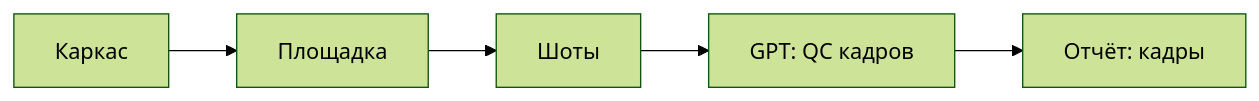
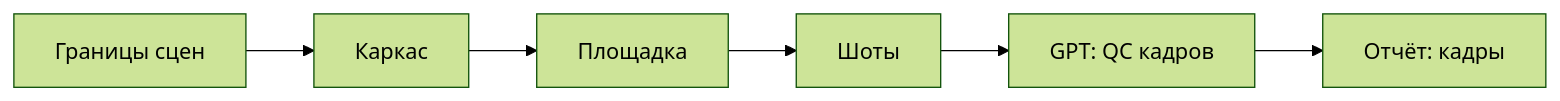
One commit to rohos228-spec/video-pipeline changed the diagram in docs/NODE_GROUP_RULES.md. Above: the diagram before and after it, drawn with Mermaid (forest theme). The commit also changed other lines of this file and 20 other files, not shown here.

First line of the commit message:
feat(script_frames_qc): границы сцен, батчи каркаса, Anthropic stream через vibecode

````diff
--- a/docs/NODE_GROUP_RULES.md
+++ b/docs/NODE_GROUP_RULES.md
@@ -7,12 +7,14 @@
 ```mermaid
 flowchart LR
+    boundaries["Границы сцен"]
     script["Каркас"]
     action["Площадка"]
     shots["Шоты"]
     qc["GPT: QC кадров"]
     report["Отчёт: кадры"]
+    boundaries --> script
     script --> action
     action --> shots
     shots --> qc
     qc --> report
 ```
````
